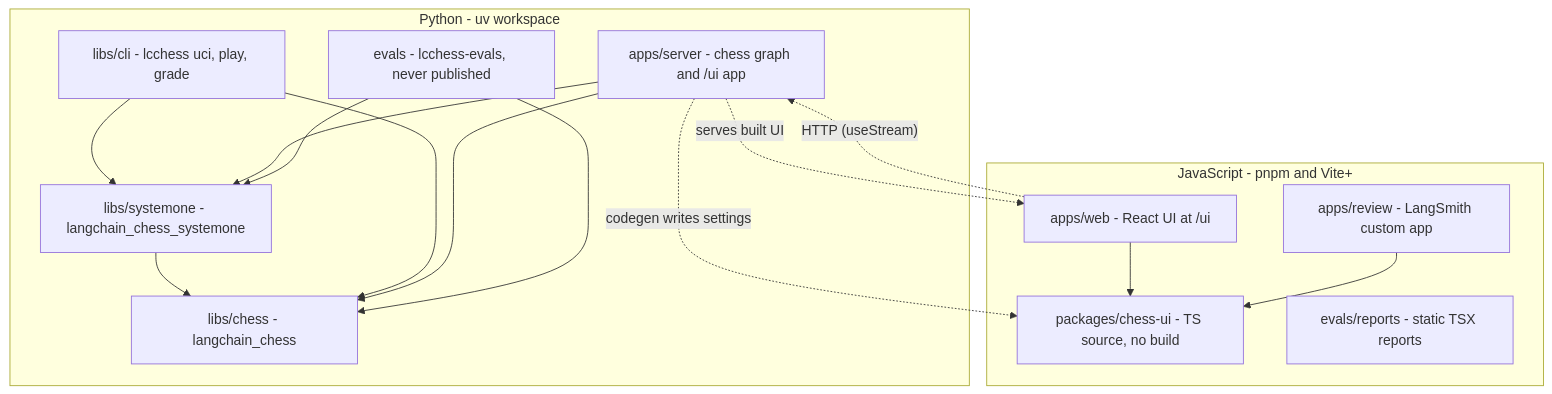
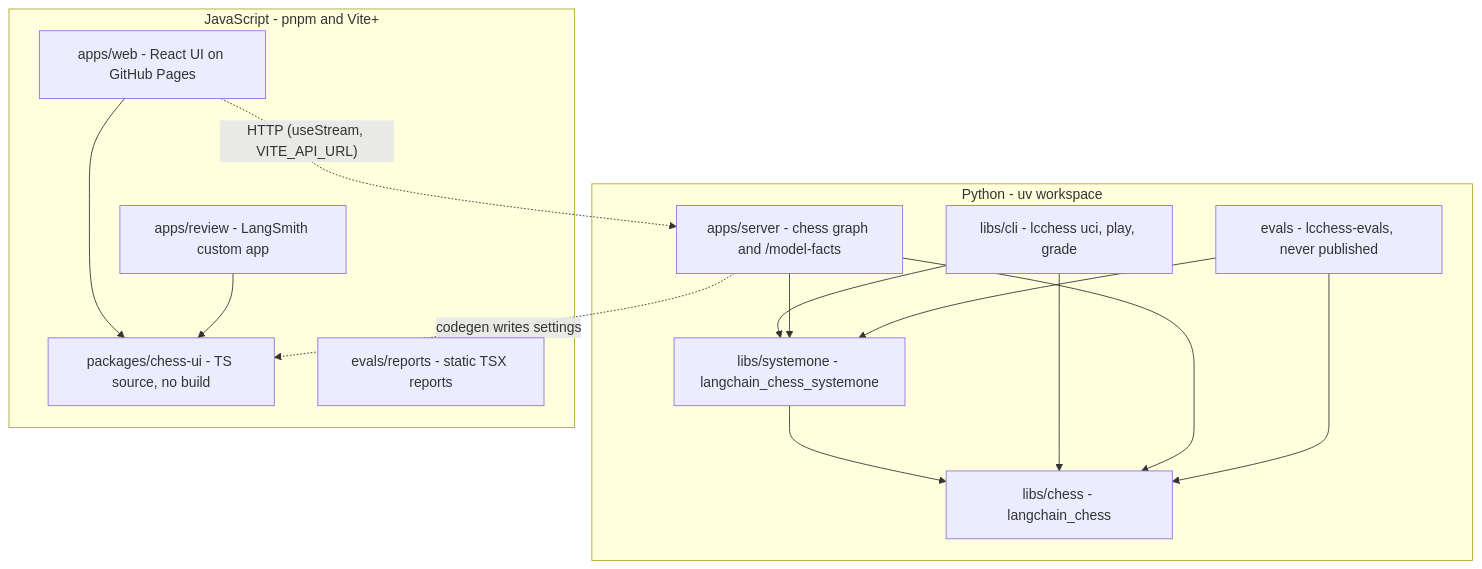
One commit to darieldatoon/langchain-chess changed the diagram in openwiki/quickstart.md. Above: the diagram before and after it, drawn with Mermaid. The commit also changed other lines of this file and 46 other files, not shown here.

````diff
--- a/openwiki/quickstart.md
+++ b/openwiki/quickstart.md
@@ -85,28 +95,27 @@
 ```mermaid
 flowchart TD
     subgraph Python["Python - uv workspace"]
         chess["libs/chess - langchain_chess"]
         s1["libs/systemone - langchain_chess_systemone"]
         cli["libs/cli - lcchess uci, play, grade"]
-        server["apps/server - chess graph and /ui app"]
+        server["apps/server - chess graph and /model-facts"]
         evals["evals - lcchess-evals, never published"]
     end
     subgraph JS["JavaScript - pnpm and Vite+"]
         ui["packages/chess-ui - TS source, no build"]
-        web["apps/web - React UI at /ui"]
+        web["apps/web - React UI on GitHub Pages"]
         review["apps/review - LangSmith custom app"]
         reports["evals/reports - static TSX reports"]
     end
     s1 --> chess
     cli --> chess
     cli --> s1
     server --> chess
     server --> s1
     evals --> chess
     evals --> s1
     web --> ui
     review --> ui
-    web -. "HTTP (useStream)" .-> server
-    server -. "serves built UI" .-> web
+    web -. "HTTP (useStream, VITE_API_URL)" .-> server
     server -. "codegen writes settings" .-> ui
 ```
````
